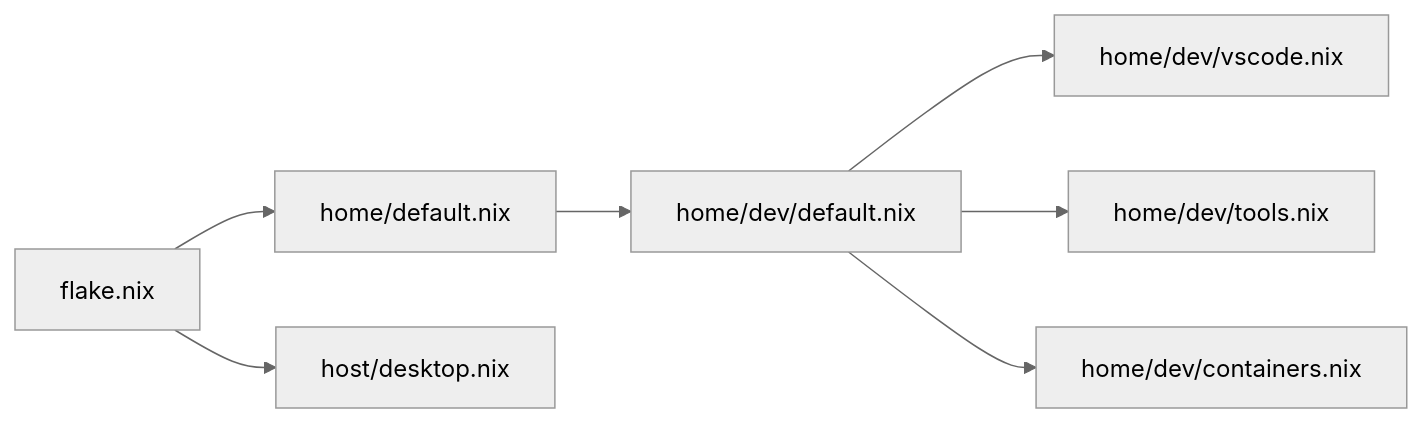
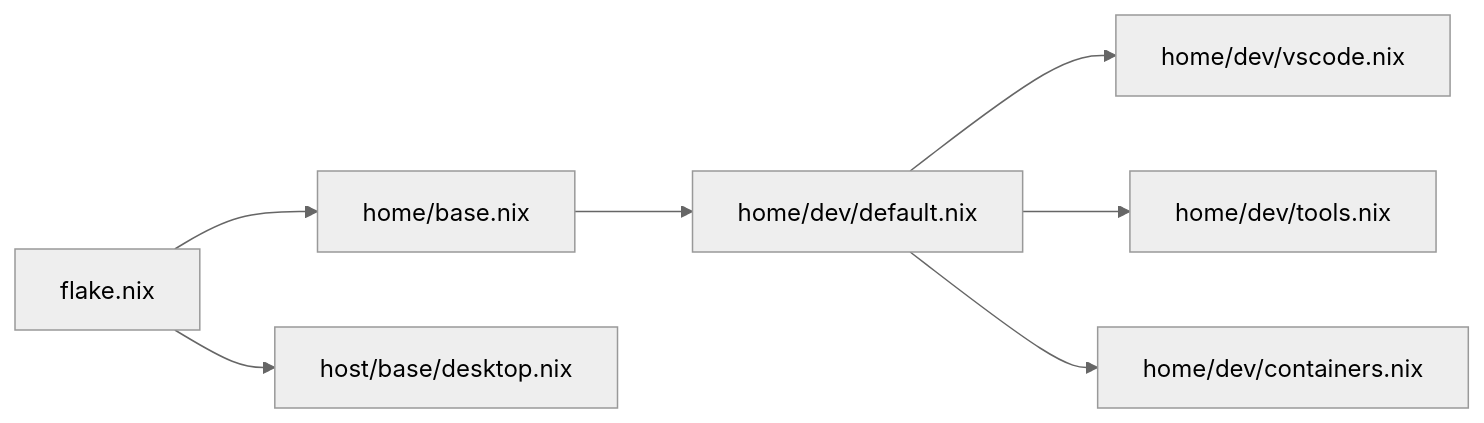
The first of 2 diagrams in wiki/dev/vscode.md (Shangshui0302/myNixOSConfig), drawn with Mermaid (neutral theme) before and after one commit. The commit also changed other lines of this file and 77 other files, not shown here.

````diff
--- a/wiki/dev/vscode.md
+++ b/wiki/dev/vscode.md
@@ -32,9 +32,9 @@
 ```mermaid
 graph LR
-F["flake.nix"] --> H["home/default.nix"]
+F["flake.nix"] --> H["home/base.nix"]
 H --> D["home/dev/default.nix"]
 D --> V["home/dev/vscode.nix"]
 D --> T["home/dev/tools.nix"]
 D --> C["home/dev/containers.nix"]
-F --> S["host/desktop.nix"]
+F --> S["host/base/desktop.nix"]
 ```
````
